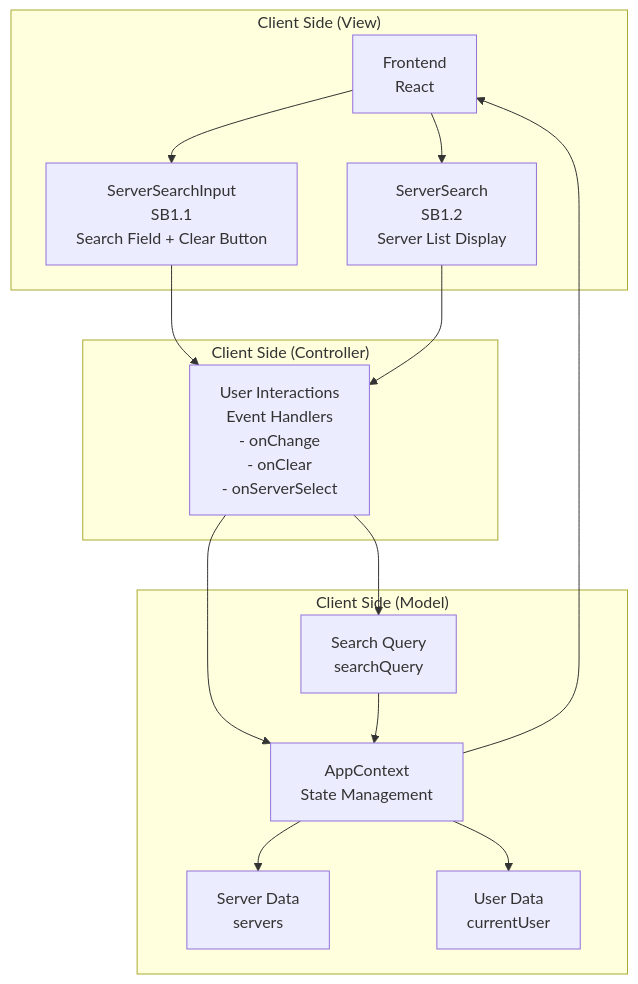
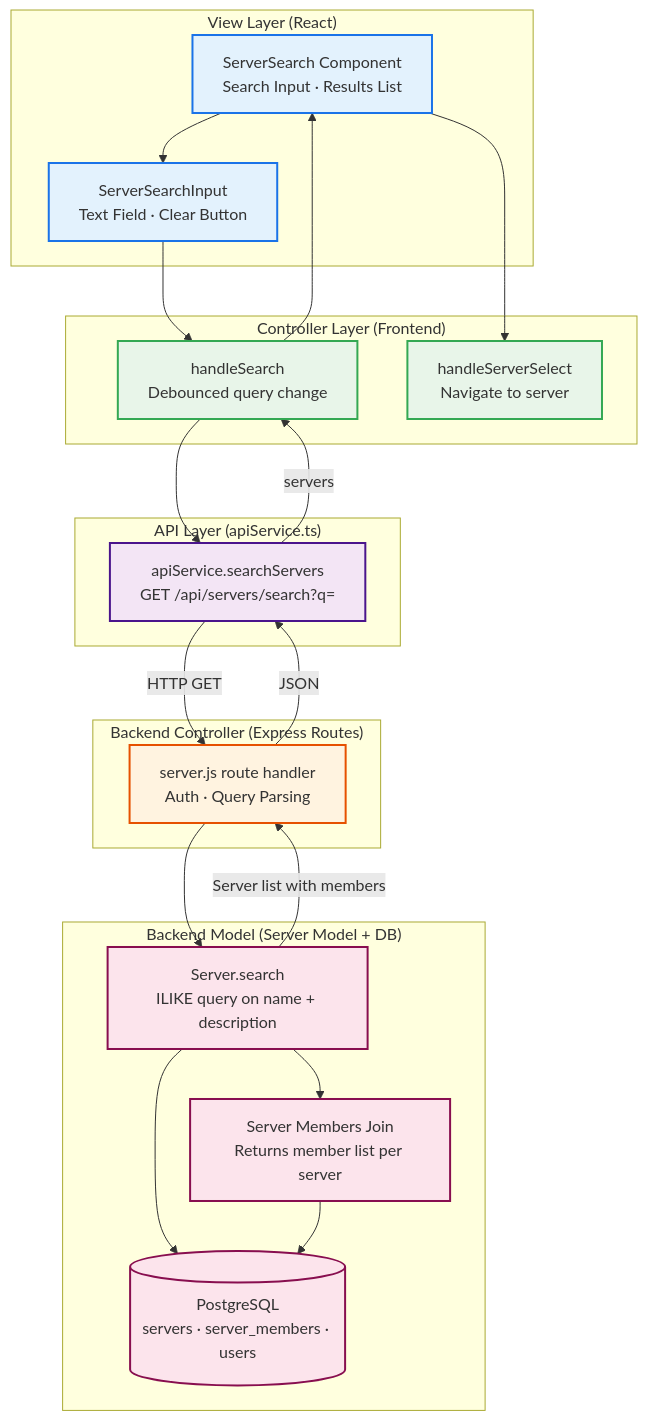
One commit to LibertyQuinzel/Web-Based-Discord-Clone changed the diagram in docs/diagrams/search_architecture_diagram.mmd. Above: the diagram before and after it, drawn with Mermaid. The commit also changed 67 other files, not shown here.

Commit message:
P4: Backend implementation with tests, docs, and diagrams

```diff
--- a/docs/diagrams/search_architecture_diagram.mmd
+++ b/docs/diagrams/search_architecture_diagram.mmd
@@ -1,32 +1,52 @@
 graph TB
-    %% Clear Server Search Bar - Architecture Diagram
-    %% MVC Architecture Pattern
+    %% Server Search (US3) - Full-Stack Architecture
 
-    subgraph "Client Side (View)"
-        A[Frontend<br/>React]
-        B[ServerSearchInput<br/>SB1.1<br/>Search Field + Clear Button]
-        C[ServerSearch<br/>SB1.2<br/>Server List Display]
+    subgraph "View Layer (React)"
+        V1[ServerSearch Component<br/>Search Input · Results List]
+        V2[ServerSearchInput<br/>Text Field · Clear Button]
     end
 
-    subgraph "Client Side (Controller)"
-        D[User Interactions<br/>Event Handlers<br/>- onChange<br/>- onClear<br/>- onServerSelect]
+    subgraph "Controller Layer (Frontend)"
+        C1[handleSearch<br/>Debounced query change]
+        C2[handleServerSelect<br/>Navigate to server]
     end
 
-    subgraph "Client Side (Model)"
-        E[AppContext<br/>State Management]
-        F[Server Data<br/>servers]
-        G[User Data<br/>currentUser]
-        H[Search Query<br/>searchQuery]
+    subgraph "API Layer (apiService.ts)"
+        API[apiService.searchServers<br/>GET /api/servers/search?q=]
     end
 
-    %% MVC Data Flow
-    A --> B
-    A --> C
-    B --> D
-    C --> D
-    D --> E
-    D --> H
-    E --> F
-    E --> G
-    H --> E
-    E --> A
+    subgraph "Backend Controller (Express Routes)"
+        RC[server.js route handler<br/>Auth · Query Parsing]
+    end
+
+    subgraph "Backend Model (Server Model + DB)"
+        SM[Server.search<br/>ILIKE query on name + description]
+        MEM[Server Members Join<br/>Returns member list per server]
+        DB[(PostgreSQL<br/>servers · server_members · users)]
+    end
+
+    V1 --> V2
+    V2 --> C1
+    V1 --> C2
+    C1 --> API
+    API -->|HTTP GET| RC
+    RC --> SM
+    SM --> DB
+    SM --> MEM
+    MEM --> DB
+    SM -->|Server list with members| RC
+    RC -->|JSON| API
+    API -->|servers| C1
+    C1 --> V1
+
+    classDef view fill:#e3f2fd,stroke:#1a73e8,stroke-width:2px
+    classDef controller fill:#e8f5e9,stroke:#34a853,stroke-width:2px
+    classDef api fill:#f3e5f5,stroke:#4a148c,stroke-width:2px
+    classDef backend fill:#fff3e0,stroke:#e65100,stroke-width:2px
+    classDef model fill:#fce4ec,stroke:#880e4f,stroke-width:2px
+
+    class V1,V2 view
+    class C1,C2 controller
+    class API api
+    class RC backend
+    class SM,MEM,DB model
```
